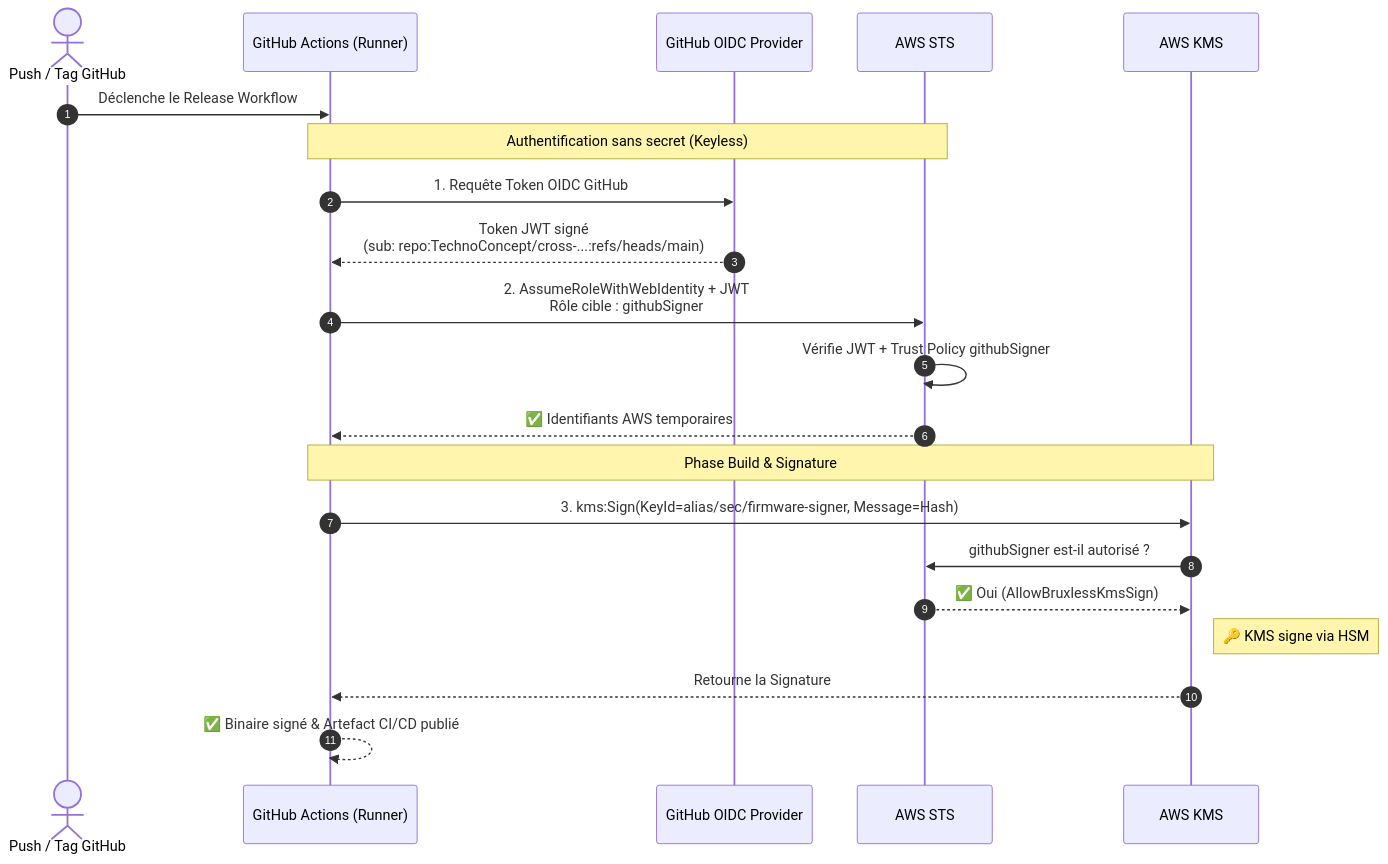
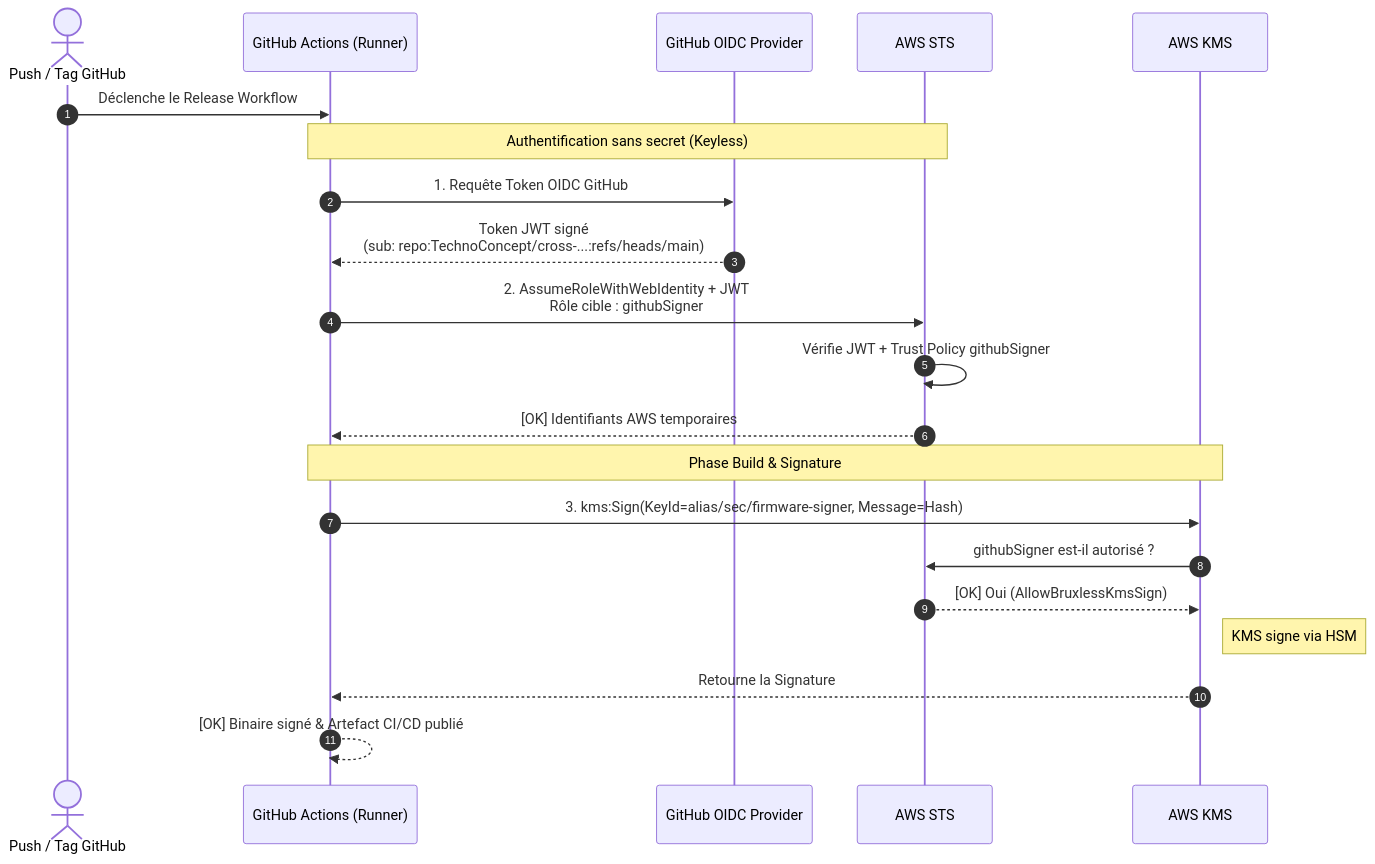
Before and after one commit to techno-concept/hardware-cicd-tools-firmware: the third of 3 diagrams in docs/aws-kms-setup-guide.md, drawn with Mermaid. The commit also changed other lines of this file and 1 other file, not shown here.

Commit message:
docs: expand AWS KMS setup and developer guides with detailed instructions

````diff
--- a/docs/aws-kms-setup-guide.md
+++ b/docs/aws-kms-setup-guide.md
@@ -104,30 +138,30 @@
 ```mermaid
 sequenceDiagram
     autonumber
     actor Trigger as Push / Tag GitHub
     participant GH as GitHub Actions (Runner)
     participant OIDC as GitHub OIDC Provider
     participant STS as AWS STS
     participant KMS as AWS KMS
 
     Trigger->>GH: Déclenche le Release Workflow
 
     Note over GH, STS: Authentification sans secret (Keyless)
     GH->>OIDC: 1. Requête Token OIDC GitHub
     OIDC-->>GH: Token JWT signé<br/>(sub: repo:TechnoConcept/cross-...:refs/heads/main)
 
     GH->>STS: 2. AssumeRoleWithWebIdentity + JWT<br/>Rôle cible : githubSigner
     STS->>STS: Vérifie JWT + Trust Policy githubSigner
-    STS-->>GH: ✅ Identifiants AWS temporaires
+    STS-->>GH: [OK] Identifiants AWS temporaires
 
     Note over GH, KMS: Phase Build & Signature
     GH->>KMS: 3. kms:Sign(KeyId=alias/sec/firmware-signer, Message=Hash)
 
     KMS->>STS: githubSigner est-il autorisé ?
-    STS-->>KMS: ✅ Oui (AllowBruxlessKmsSign)
+    STS-->>KMS: [OK] Oui (AllowBruxlessKmsSign)
 
-    Note right of KMS: 🔑 KMS signe via HSM
+    Note right of KMS: KMS signe via HSM
     KMS-->>GH: Retourne la Signature
 
-    GH-->>GH: ✅ Binaire signé & Artefact CI/CD publié
+    GH-->>GH: [OK] Binaire signé & Artefact CI/CD publié
 ```
````
